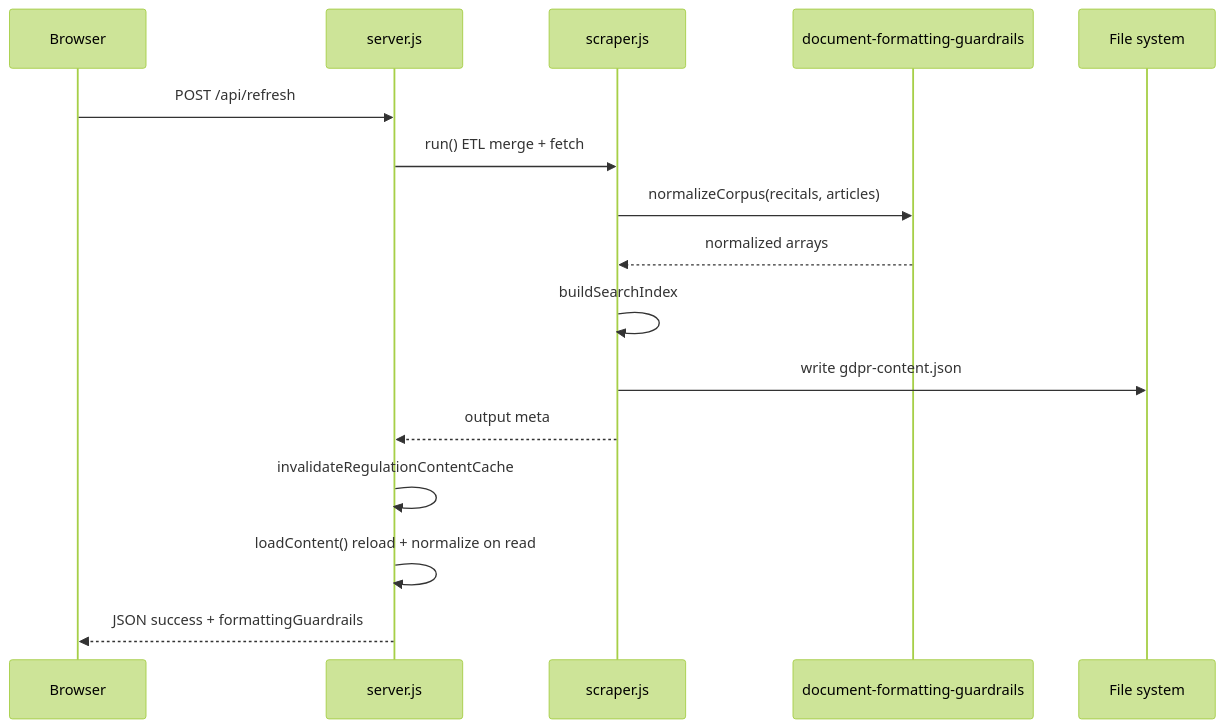
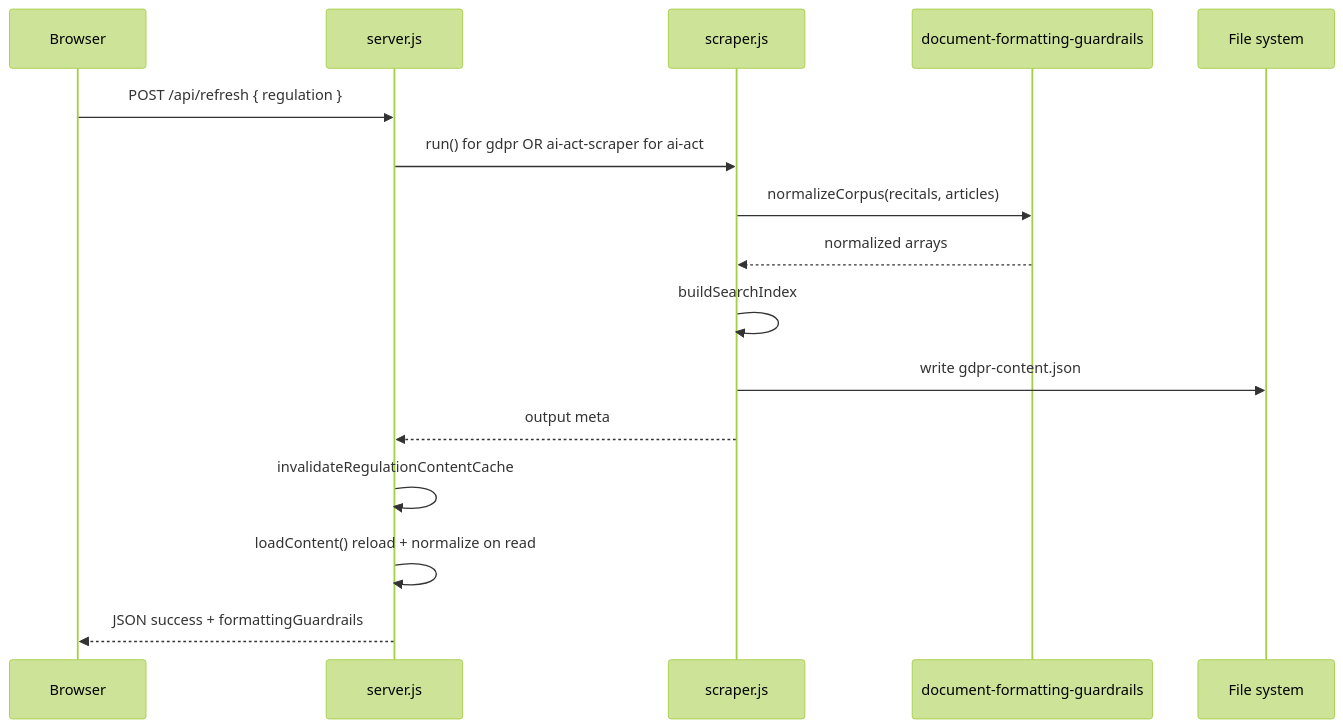
Before and after one commit to RifqiMT/gdpr-qa-platform: the second of 4 diagrams in docs/ARCHITECTURE.md, drawn with Mermaid (forest theme). The commit also changed other lines of this file and 40 other files, not shown here.

````diff
--- a/docs/ARCHITECTURE.md
+++ b/docs/ARCHITECTURE.md
@@ -41,19 +47,19 @@
 ```mermaid
 sequenceDiagram
   participant UI as Browser
   participant S as server.js
   participant SCR as scraper.js
   participant DF as document-formatting-guardrails
   participant FS as File system
 
-  UI->>S: POST /api/refresh
-  S->>SCR: run() ETL merge + fetch
+  UI->>S: POST /api/refresh { regulation }
+  S->>SCR: run() for gdpr OR ai-act-scraper for ai-act
   SCR->>DF: normalizeCorpus(recitals, articles)
   DF-->>SCR: normalized arrays
   SCR->>SCR: buildSearchIndex
   SCR->>FS: write gdpr-content.json
   SCR-->>S: output meta
   S->>S: invalidateRegulationContentCache
   S->>S: loadContent() reload + normalize on read
   S-->>UI: JSON success + formattingGuardrails
 ```
````
